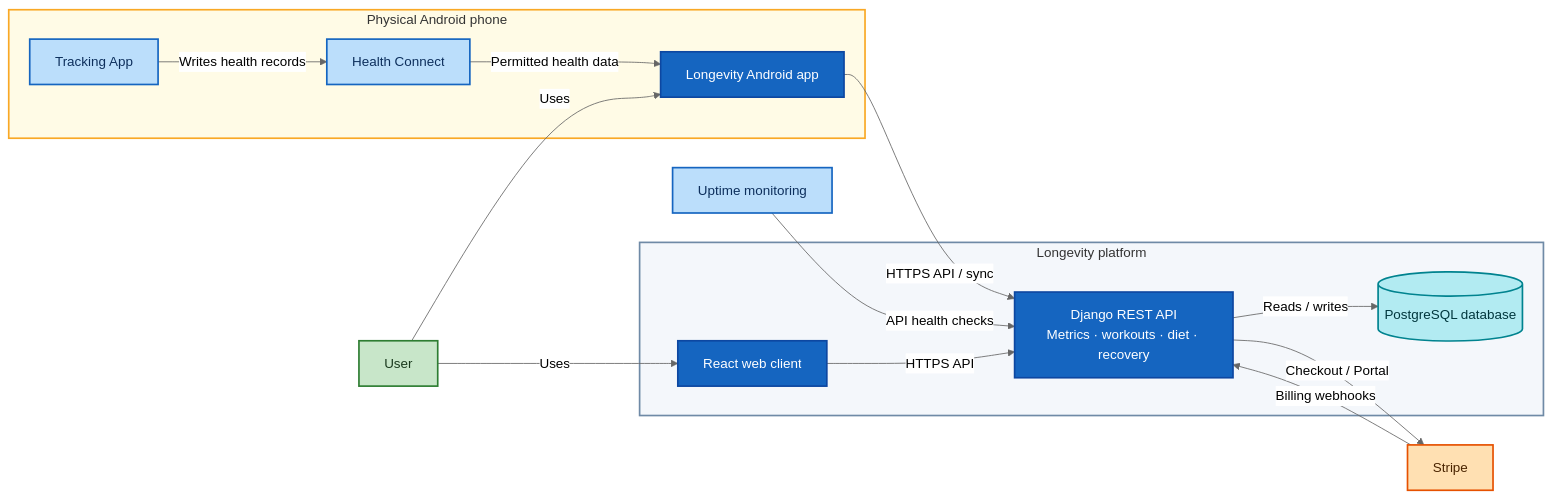
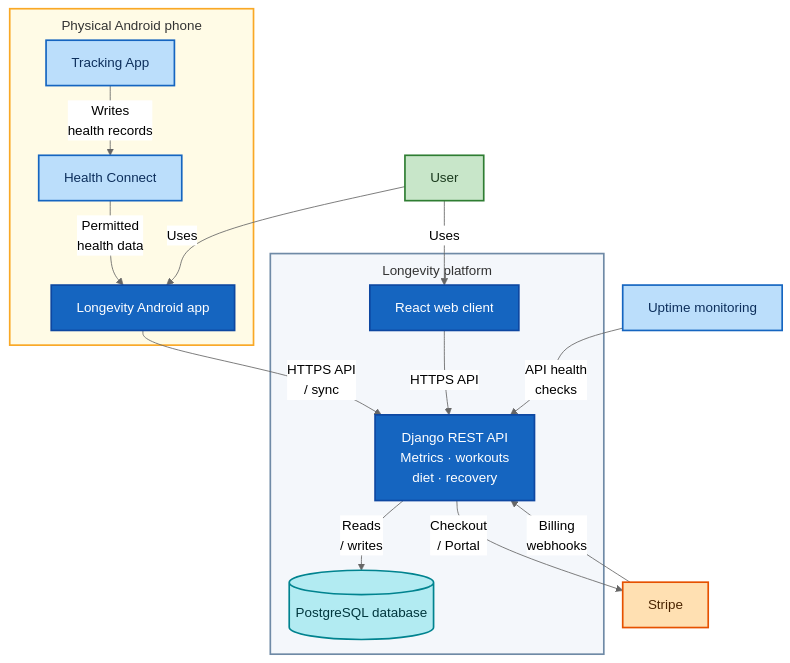
One commit to elvisrepo/long changed the first of 6 diagrams in README.md. Above: the diagram before and after it, drawn with Mermaid (neutral theme).

````diff
--- a/README.md
+++ b/README.md
@@ -10,45 +10,54 @@
 ```mermaid
-flowchart LR
+---
+config:
+  flowchart:
+    nodeSpacing: 25
+    rankSpacing: 35
+    subGraphTitleMargin:
+      top: 8
+      bottom: 12
+---
+flowchart TB
     USER["User"]
+    UPTIME["Uptime monitoring"]
 
     subgraph PHONE["Physical Android phone"]
+        ANDROID["Longevity Android app"]
         TRACKER["Tracking App"]
         HC["Health Connect"]
-        ANDROID["Longevity Android app"]
-    end
-
-    subgraph LONGEVITY["Longevity platform"]
-        WEB["React web client"]
-        API["Django REST API<br/>Metrics · workouts · diet · recovery"]
-        DB[("PostgreSQL database")]
     end
 
     STRIPE["Stripe"]
-    UPTIME["Uptime monitoring"]
 
+    subgraph LONGEVITY["Longevity platform"]
+        API["Django REST API<br/>Metrics · workouts<br/>diet · recovery"]
+        DB[("PostgreSQL database")]
+        WEB["React web client"]
+    end
+
+    API -->|"Checkout<br/>/ Portal"| STRIPE
+    TRACKER -->|"Writes<br/>health records"| HC
+    ANDROID -->|"HTTPS API<br/>/ sync"| API
+    API -->|"Reads<br/>/ writes"| DB
     USER -->|"Uses"| WEB
+    STRIPE -->|"Billing<br/>webhooks"| API
+    WEB -->|"HTTPS API"| API
+    UPTIME -->|"API health<br/>checks"| API
+    HC -->|"Permitted<br/>health data"| ANDROID
     USER -->|"Uses"| ANDROID
-    TRACKER -->|"Writes health records"| HC
-    HC -->|"Permitted health data"| ANDROID
-    WEB -->|"HTTPS API"| API
-    ANDROID -->|"HTTPS API / sync"| API
-    API -->|"Reads / writes"| DB
-    API -->|"Checkout / Portal"| STRIPE
-    STRIPE -->|"Billing webhooks"| API
-    UPTIME -->|"API health checks"| API
 
     classDef person fill:#c8e6c9,stroke:#2e7d32,color:#1b3a1e,stroke-width:2px
     classDef platform fill:#1565c0,stroke:#0d47a1,color:#fff,stroke-width:2px
     classDef external fill:#bbdefb,stroke:#1565c0,color:#0d2f5c,stroke-width:2px
     classDef billing fill:#ffe0b2,stroke:#e65100,color:#4a2400,stroke-width:2px
     classDef db fill:#b2ebf2,stroke:#00838f,color:#00363d,stroke-width:2px
 
     class USER person
     class WEB,API,ANDROID platform
     class TRACKER,HC,UPTIME external
     class STRIPE billing
     class DB db
 
     style PHONE fill:#fffbe6,stroke:#f9a825,stroke-width:2px
     style LONGEVITY fill:#f4f7fb,stroke:#6f8aa6,stroke-width:2px
 ```
````
